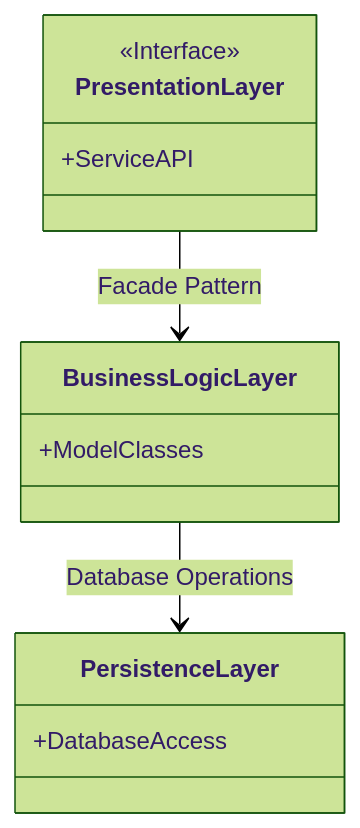
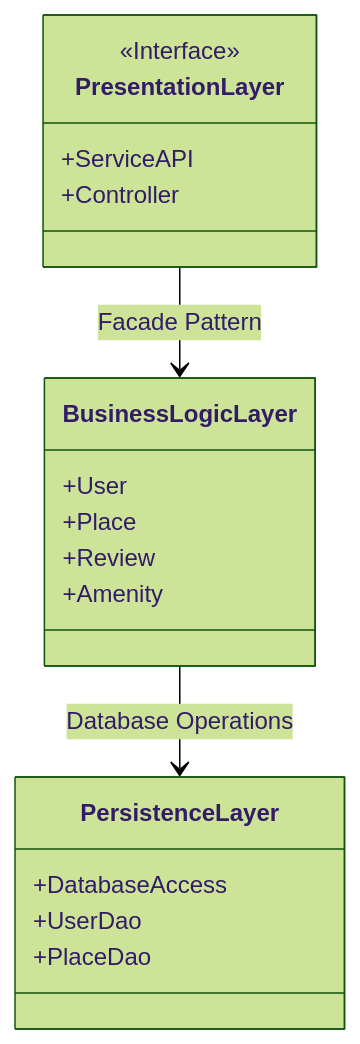
The diagram in task0/uml_0.mermaid (Morg92b/holbertonschool-hbnb), drawn with Mermaid (forest theme) before and after one commit.

Commit message:
i add type

```diff
--- a/task0/uml_0.mermaid
+++ b/task0/uml_0.mermaid
@@ -1,13 +1,20 @@
 classDiagram
 class PresentationLayer {
     <<Interface>>
     +ServiceAPI
+    +Controller
 }
 class BusinessLogicLayer {
-    +ModelClasses
+
+    +User
+    +Place
+    +Review
+    +Amenity
 }
 class PersistenceLayer {
     +DatabaseAccess
+    +UserDao
+    +PlaceDao
 }
 PresentationLayer --> BusinessLogicLayer : Facade Pattern
 BusinessLogicLayer --> PersistenceLayer : Database Operations
```
